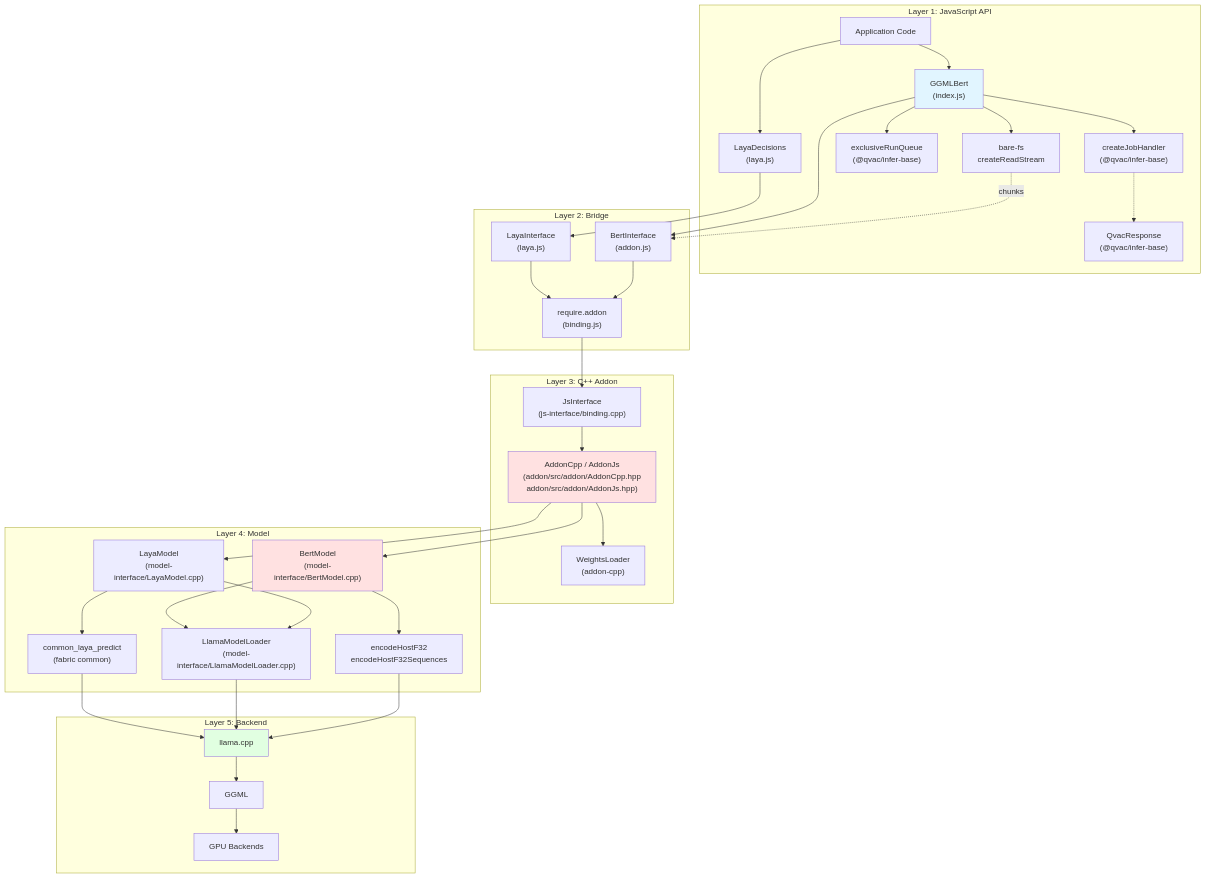
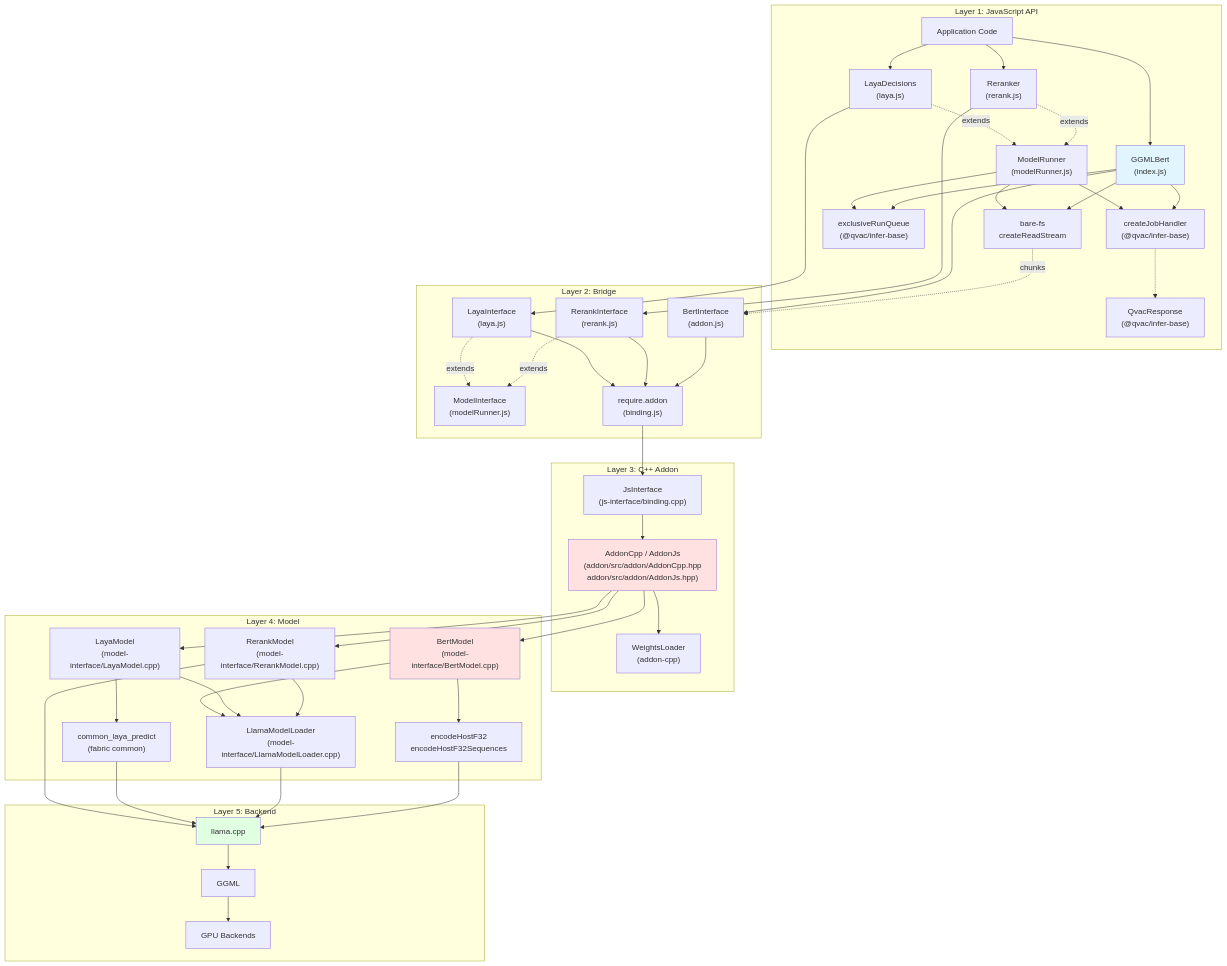
One commit to Alok-Ranjan23/qvac-contrib changed the third of 4 diagrams in packages/embed-llamacpp/docs/architecture.md. Above: the diagram before and after it, drawn with Mermaid. The commit also changed other lines of this file and 48 other files, not shown here.

```diff
--- a/packages/embed-llamacpp/docs/architecture.md
+++ b/packages/embed-llamacpp/docs/architecture.md
@@ -247,6 +252,8 @@
         APP["Application Code"]
         BERTCLASS["GGMLBert<br/>(index.js)"]
         LAYACLASS["LayaDecisions<br/>(laya.js)"]
+        RERANKCLASS["Reranker<br/>(rerank.js)"]
+        MODELRUNNER["ModelRunner<br/>(modelRunner.js)"]
         JOB["createJobHandler<br/>(@qvac/infer-base)"]
         QUEUE["exclusiveRunQueue<br/>(@qvac/infer-base)"]
         RESPONSE["QvacResponse<br/>(@qvac/infer-base)"]
@@ -256,6 +263,8 @@
     subgraph "Layer 2: Bridge"
         BERTIF["BertInterface<br/>(addon.js)"]
         LAYAIF["LayaInterface<br/>(laya.js)"]
+        RERANKIF["RerankInterface<br/>(rerank.js)"]
+        MODELIF["ModelInterface<br/>(modelRunner.js)"]
         BINDING["require.addon<br/>(binding.js)"]
     end
 
@@ -269,6 +278,7 @@
         BERTMODEL["BertModel<br/>(model-interface/BertModel.cpp)"]
         ENCODE["encodeHostF32<br/>encodeHostF32Sequences"]
         LAYAMODEL["LayaModel<br/>(model-interface/LayaModel.cpp)"]
+        RERANKMODEL["RerankModel<br/>(model-interface/RerankModel.cpp)"]
         LOADER["LlamaModelLoader<br/>(model-interface/LlamaModelLoader.cpp)"]
         COMMONLAYA["common_laya_predict<br/>(fabric common)"]
     end
@@ -283,6 +293,16 @@
     APP --> LAYACLASS
     LAYACLASS --> LAYAIF
     LAYAIF --> BINDING
+    APP --> RERANKCLASS
+    RERANKCLASS --> RERANKIF
+    RERANKIF --> BINDING
+    LAYACLASS -. extends .-> MODELRUNNER
+    RERANKCLASS -. extends .-> MODELRUNNER
+    LAYAIF -. extends .-> MODELIF
+    RERANKIF -. extends .-> MODELIF
+    MODELRUNNER --> JOB
+    MODELRUNNER --> QUEUE
+    MODELRUNNER --> BAREFS
     BERTCLASS --> JOB
     BERTCLASS --> QUEUE
     BERTCLASS --> BERTIF
@@ -297,8 +317,11 @@
     ADDON --> WEIGHTSLOAD
     ADDON --> BERTMODEL
     ADDON --> LAYAMODEL
+    ADDON --> RERANKMODEL
     BERTMODEL --> LOADER
     LAYAMODEL --> LOADER
+    RERANKMODEL --> LOADER
+    RERANKMODEL --> LLAMACPP
     LAYAMODEL --> COMMONLAYA
     COMMONLAYA --> LLAMACPP
     LOADER --> LLAMACPP
```
